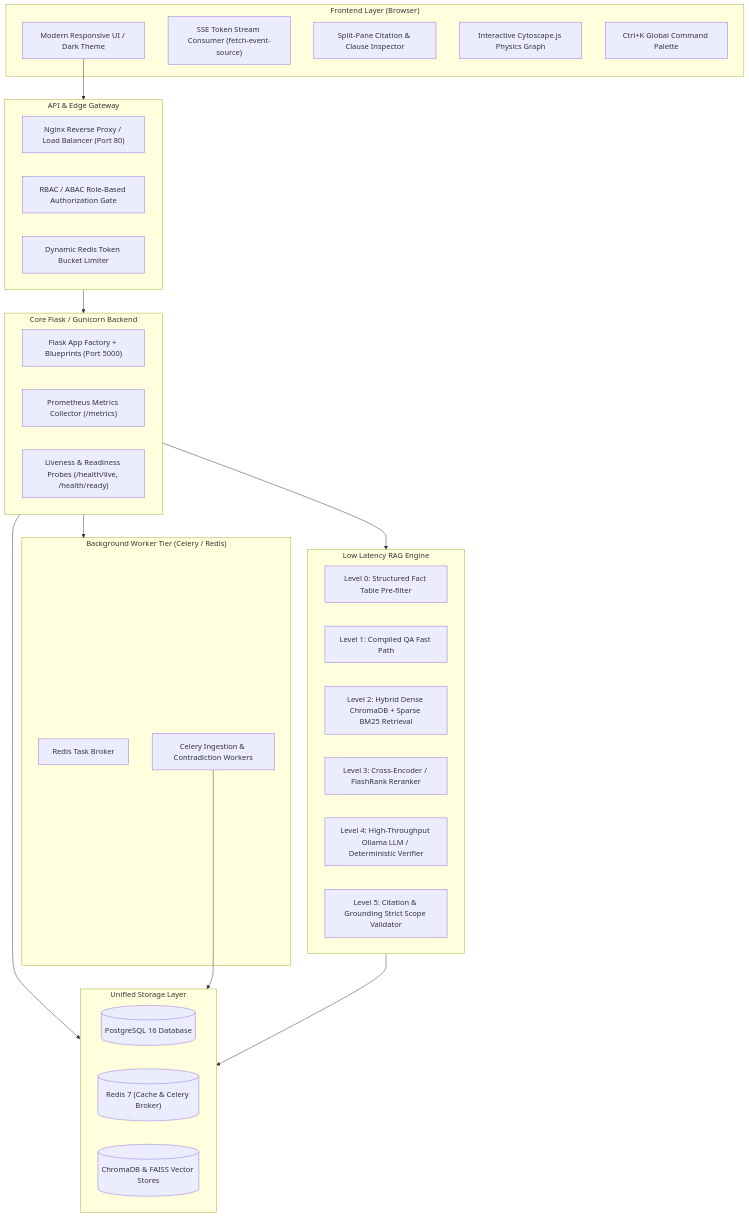
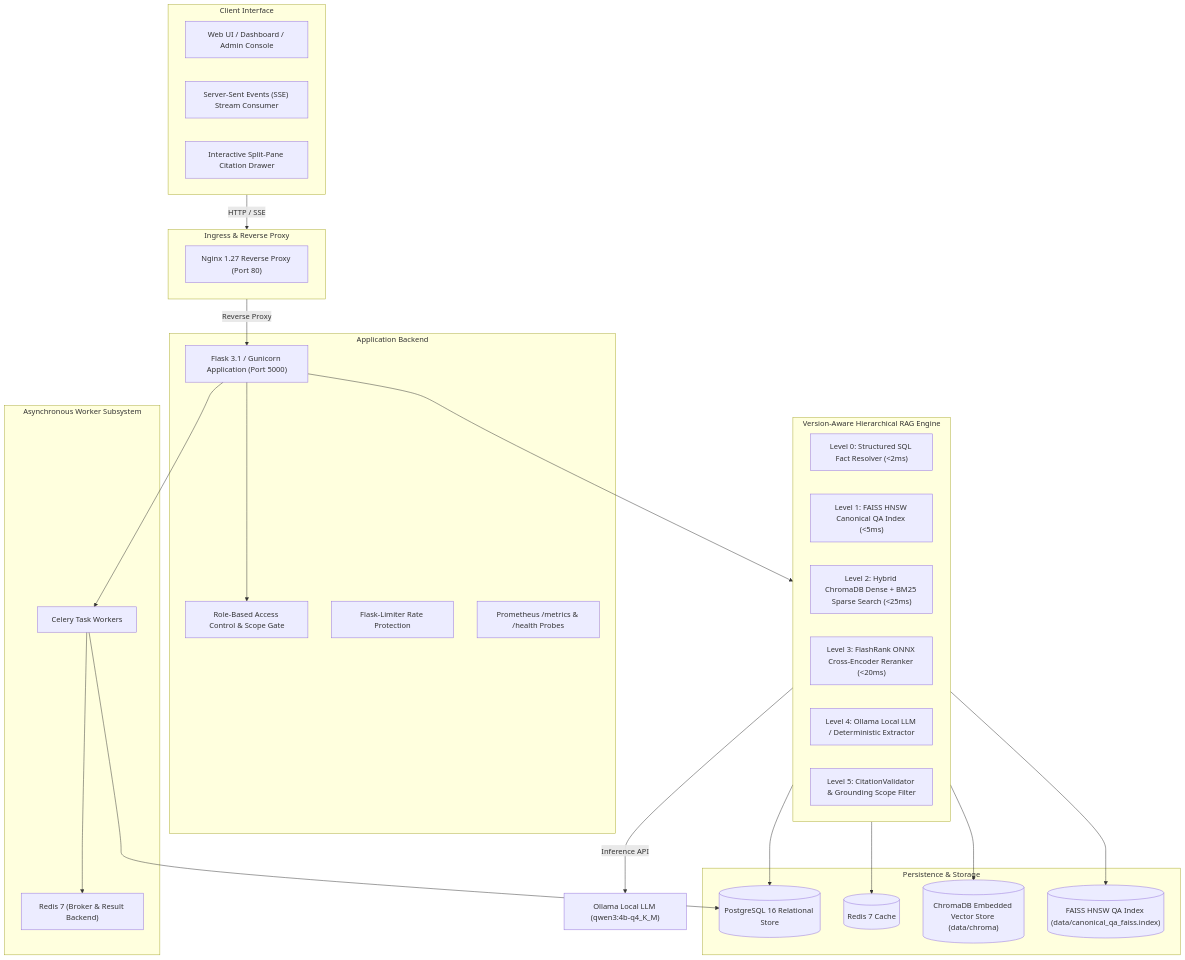
Before and after one commit to Suyash060825/Version-aware-system: the diagram in prod.md, drawn with Mermaid. The commit also changed other lines of this file and 8 other files, not shown here.

````diff
--- a/prod.md
+++ b/prod.md
@@ -9,50 +9,53 @@
 ```mermaid
 flowchart TD
-    subgraph Client ["Frontend Layer (Browser)"]
-        UI["Modern Responsive UI / Dark Theme"]
-        SSE["SSE Token Stream Consumer (fetch-event-source)"]
-        Drawer["Split-Pane Citation & Clause Inspector"]
-        Graph["Interactive Cytoscape.js Physics Graph"]
-        CmdK["Ctrl+K Global Command Palette"]
+    subgraph Client ["Client Interface"]
+        UI["Web UI / Dashboard / Admin Console"]
+        SSE["Server-Sent Events (SSE) Stream Consumer"]
+        Drawer["Interactive Split-Pane Citation Drawer"]
     end
 
-    subgraph Gateway ["API & Edge Gateway"]
-        Nginx["Nginx Reverse Proxy / Load Balancer (Port 80)"]
-        Auth["RBAC / ABAC Role-Based Authorization Gate"]
-        Limiter["Dynamic Redis Token Bucket Limiter"]
+    subgraph Ingress ["Ingress & Reverse Proxy"]
+        Nginx["Nginx 1.27 Reverse Proxy (Port 80)"]
     end
 
-    subgraph CoreBackend ["Core Flask / Gunicorn Backend"]
-        App["Flask App Factory + Blueprints (Port 5000)"]
-        Metrics["Prometheus Metrics Collector (/metrics)"]
-        Health["Liveness & Readiness Probes (/health/live, /health/ready)"]
+    subgraph AppTier ["Application Backend"]
+        Flask["Flask 3.1 / Gunicorn Application (Port 5000)"]
+        RBAC["Role-Based Access Control & Scope Gate"]
+        Limiter["Flask-Limiter Rate Protection"]
+        Metrics["Prometheus /metrics & /health Probes"]
     end
 
-    subgraph AsyncTasks ["Background Worker Tier (Celery / Redis)"]
-        Queue["Redis Task Broker"]
-        Workers["Celery Ingestion & Contradiction Workers"]
+    subgraph AsyncTier ["Asynchronous Worker Subsystem"]
+        Celery["Celery Task Workers"]
+        RedisBroker["Redis 7 (Broker & Result Backend)"]
     end
 
-    subgraph RAGPipeline ["Low Latency RAG Engine"]
-        L0["Level 0: Structured Fact Table Pre-filter"]
-        L1["Level 1: Compiled QA Fast Path"]
-        L2["Level 2: Hybrid Dense ChromaDB + Sparse BM25 Retrieval"]
-        L3["Level 3: Cross-Encoder / FlashRank Reranker"]
-        L4["Level 4: High-Throughput Ollama LLM / Deterministic Verifier"]
-        L5["Level 5: Citation & Grounding Strict Scope Validator"]
+    subgraph RAGTier ["Version-Aware Hierarchical RAG Engine"]
+        L0["Level 0: Structured SQL Fact Resolver (<2ms)"]
+        L1["Level 1: FAISS HNSW Canonical QA Index (<5ms)"]
+        L2["Level 2: Hybrid ChromaDB Dense + BM25 Sparse Search (<25ms)"]
+        L3["Level 3: FlashRank ONNX Cross-Encoder Reranker (<20ms)"]
+        L4["Level 4: Ollama Local LLM / Deterministic Extractor"]
+        L5["Level 5: CitationValidator & Grounding Scope Filter"]
     end
 
-    subgraph DataTier ["Unified Storage Layer"]
-        PG[("PostgreSQL 16 Database")]
-        RedisDB[("Redis 7 (Cache & Celery Broker)")]
-        LocalStore[("ChromaDB & FAISS Vector Stores")]
+    subgraph StorageTier ["Persistence & Storage"]
+        Postgres[("PostgreSQL 16 Relational Store")]
+        RedisCache[("Redis 7 Cache")]
+        ChromaStore[("ChromaDB Embedded Vector Store (data/chroma)")]
+        FAISSStore[("FAISS HNSW QA Index (data/canonical_qa_faiss.index)")]
     end
 
-    UI --> Gateway
-    Gateway --> CoreBackend
-    CoreBackend --> RAGPipeline
-    CoreBackend --> AsyncTasks
-    CoreBackend --> DataTier
-    Workers --> DataTier
-    RAGPipeline --> DataTier
+    Client -->|HTTP / SSE| Ingress
+    Ingress -->|Reverse Proxy| Flask
+    Flask --> RBAC
+    Flask --> RAGTier
+    Flask --> Celery
+    Celery --> RedisBroker
+    Celery --> Postgres
+    RAGTier --> Postgres
+    RAGTier --> RedisCache
+    RAGTier --> ChromaStore
+    RAGTier --> FAISSStore
+    RAGTier -->|Inference API| Ollama["Ollama Local LLM (qwen3:4b-q4_K_M)"]
 ```
````
